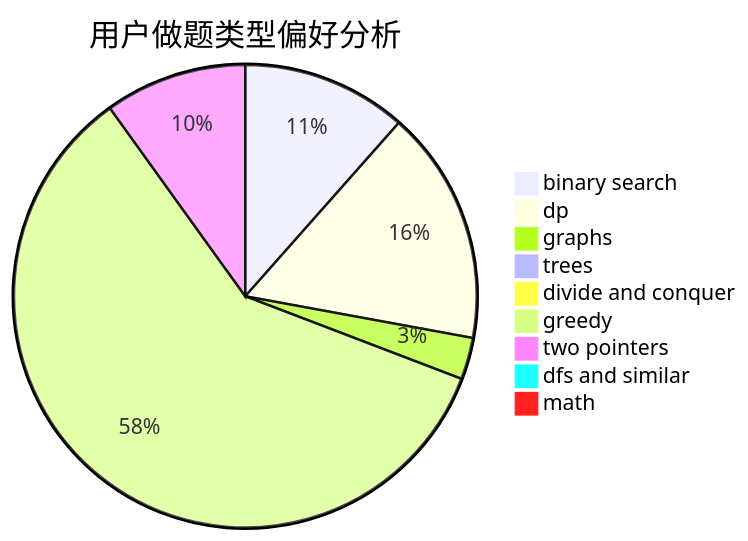
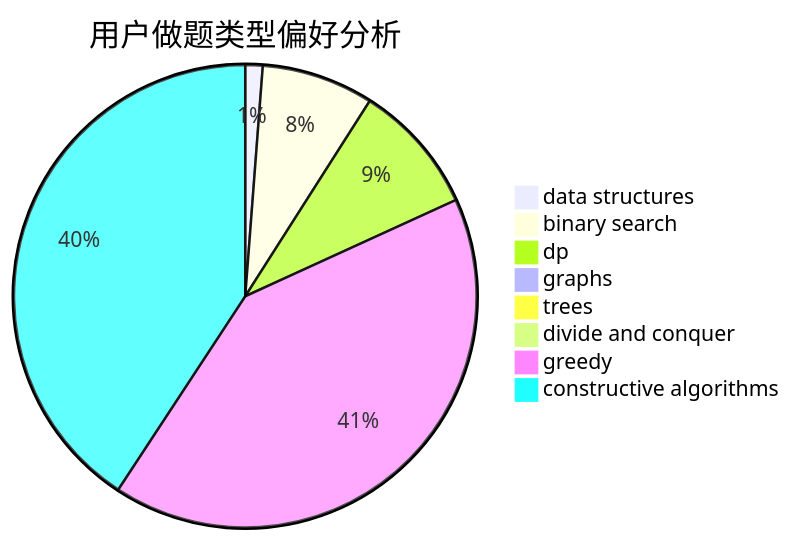
The second of 3 diagrams in docs/user/u1564.md (sherpahu/cfrs.github.io), drawn with Mermaid before and after one commit. The commit also changed other lines of this file and 2775 other files, not shown here.

````diff
--- a/docs/user/u1564.md
+++ b/docs/user/u1564.md
@@ -23,12 +23,11 @@
 ```mermaid
 pie title 用户做题类型偏好分析
-    "binary search" :  79
-    "dp" :  112
-    "graphs" :  20
-    "trees" :  3
+    "data structures" :  11
+    "binary search" :  71
+    "dp" :  83
+    "graphs" :  5
+    "trees" :  0
     "divide and conquer" :  3
-    "greedy" :  406
-    "two pointers" :  68
-    "dfs and similar" :  5
-    "math" :  5
+    "greedy" :  373
+    "constructive algorithms" :  370
 ```
````
